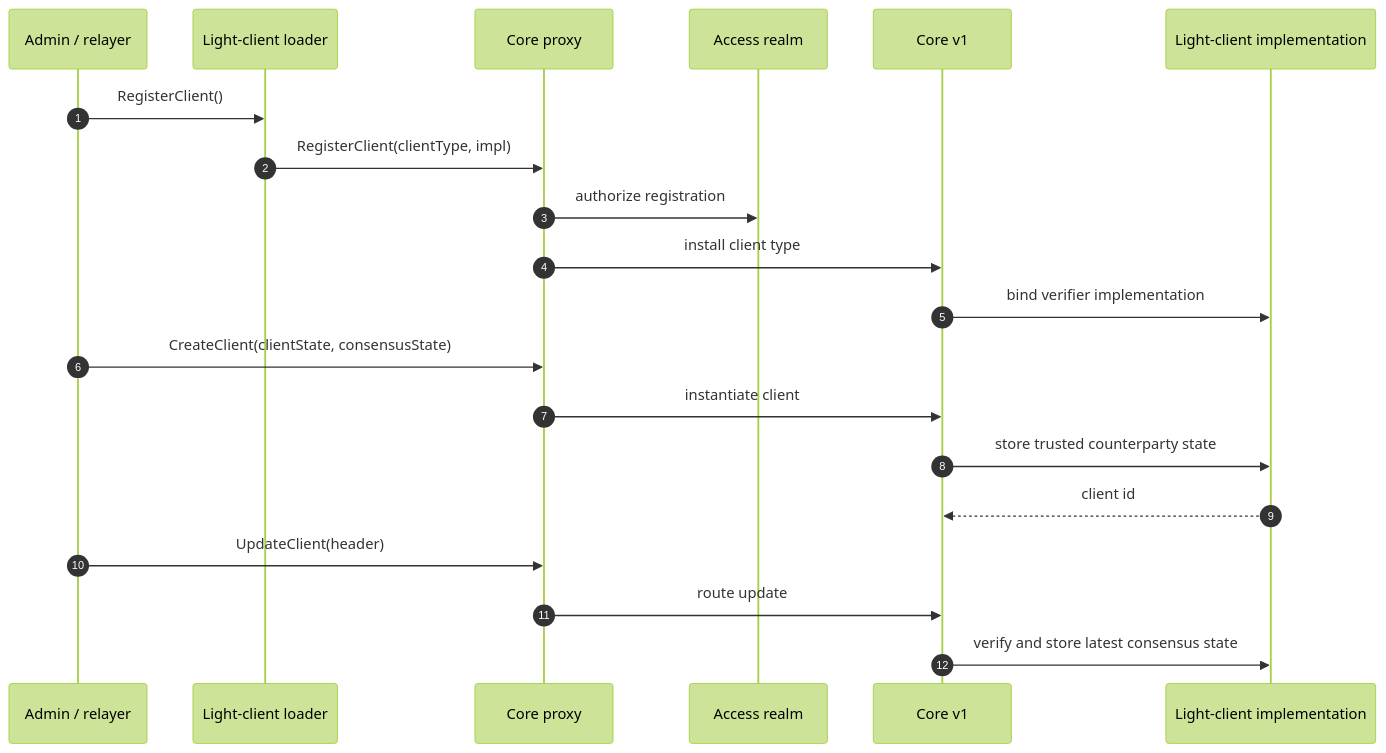
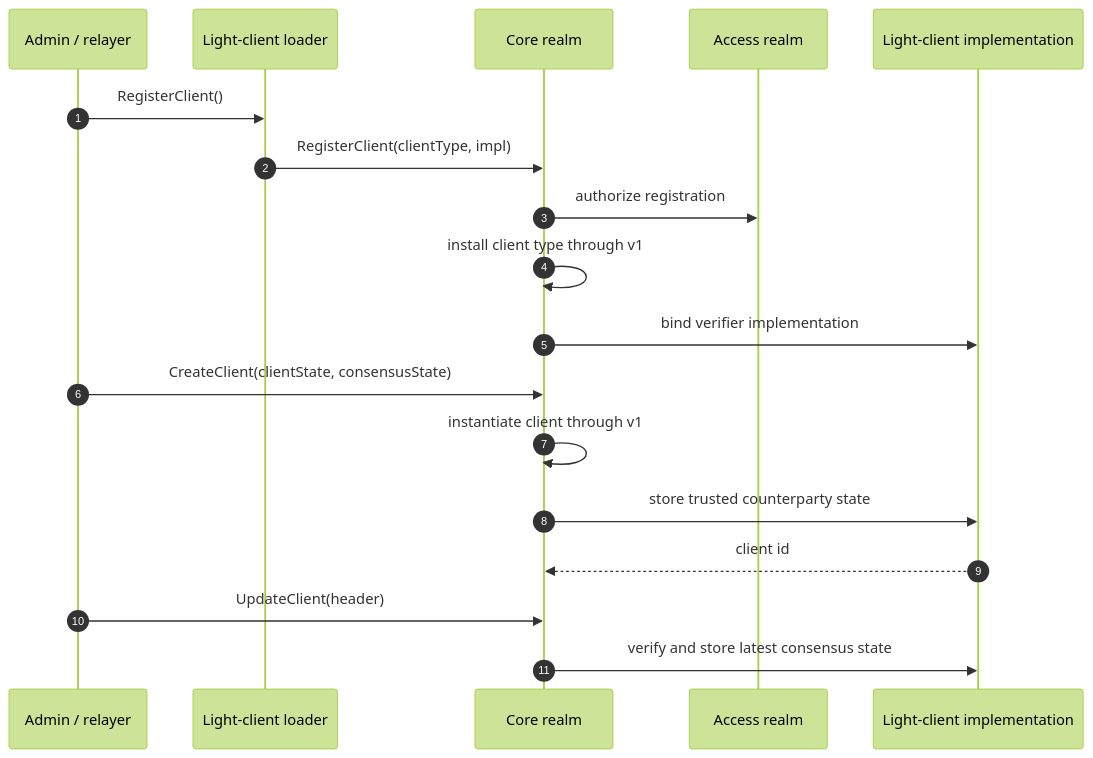
The first of 4 diagrams in docs/architecture/process-flows.md (onbloc/gno-ibc), drawn with Mermaid (forest theme) before and after one commit. The commit also changed other lines of this file, not shown here.

Commit message:
docs: simplify process flow realm labels

````diff
--- a/docs/architecture/process-flows.md
+++ b/docs/architecture/process-flows.md
@@ -20,25 +20,23 @@
 ```mermaid
 sequenceDiagram
     autonumber
     participant Admin as Admin / relayer
     participant Loader as Light-client loader
-    participant Core as Core proxy
+    participant Core as Core realm
     participant Access as Access realm
-    participant CoreV1 as Core v1
     participant LC as Light-client implementation
 
     Admin->>Loader: RegisterClient()
     Loader->>Core: RegisterClient(clientType, impl)
     Core->>Access: authorize registration
-    Core->>CoreV1: install client type
-    CoreV1->>LC: bind verifier implementation
+    Core->>Core: install client type through v1
+    Core->>LC: bind verifier implementation
 
     Admin->>Core: CreateClient(clientState, consensusState)
-    Core->>CoreV1: instantiate client
-    CoreV1->>LC: store trusted counterparty state
-    LC-->>CoreV1: client id
+    Core->>Core: instantiate client through v1
+    Core->>LC: store trusted counterparty state
+    LC-->>Core: client id
 
     Admin->>Core: UpdateClient(header)
-    Core->>CoreV1: route update
-    CoreV1->>LC: verify and store latest consensus state
+    Core->>LC: verify and store latest consensus state
 ```
````
